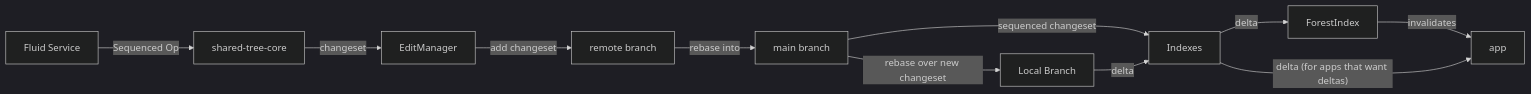
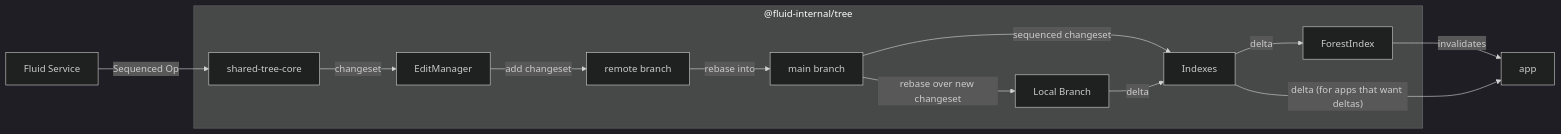
The fifth of 5 diagrams in packages/dds/tree/README.md (microsoft/FluidFramework), drawn with Mermaid (dark theme) before and after one commit. The commit also changed other lines of this file, not shown here.

Commit message:
use subgraph and make all charts left to right

````diff
--- a/packages/dds/tree/README.md
+++ b/packages/dds/tree/README.md
@@ -207,13 +220,15 @@
 ```mermaid
 graph LR;
     service["Fluid Service"]--"Sequenced Op"-->core["shared-tree-core"]
-    core--"changeset"-->EditManager
-    EditManager--"add changeset"-->remote["remote branch"]
-    remote--"rebase into"-->main[main branch]
-    main--"rebase over new changeset"-->local["Local Branch"]
-    main--"sequenced changeset"-->Indexes
-    local--"delta"-->Indexes
-    Indexes--"delta"-->ForestIndex
+    subgraph "@fluid-internal/tree"
+        core--"changeset"-->EditManager
+        EditManager--"add changeset"-->remote["remote branch"]
+        remote--"rebase into"-->main[main branch]
+        main--"rebase over new changeset"-->local["Local Branch"]
+        main--"sequenced changeset"-->Indexes
+        local--"delta"-->Indexes
+        Indexes--"delta"-->ForestIndex
+    end
     ForestIndex--"invalidates"-->app
     Indexes--"delta (for apps that want deltas)"-->app
 ```
````
